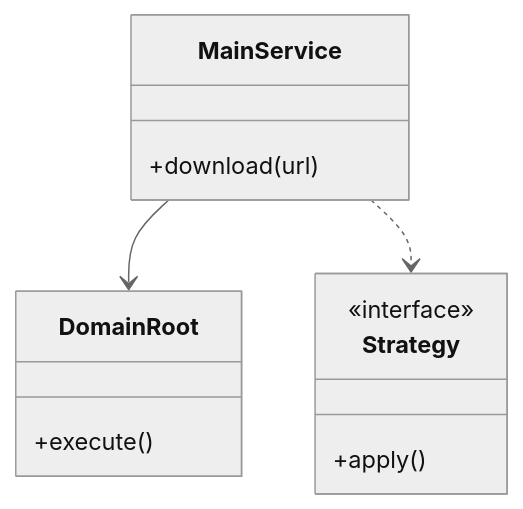
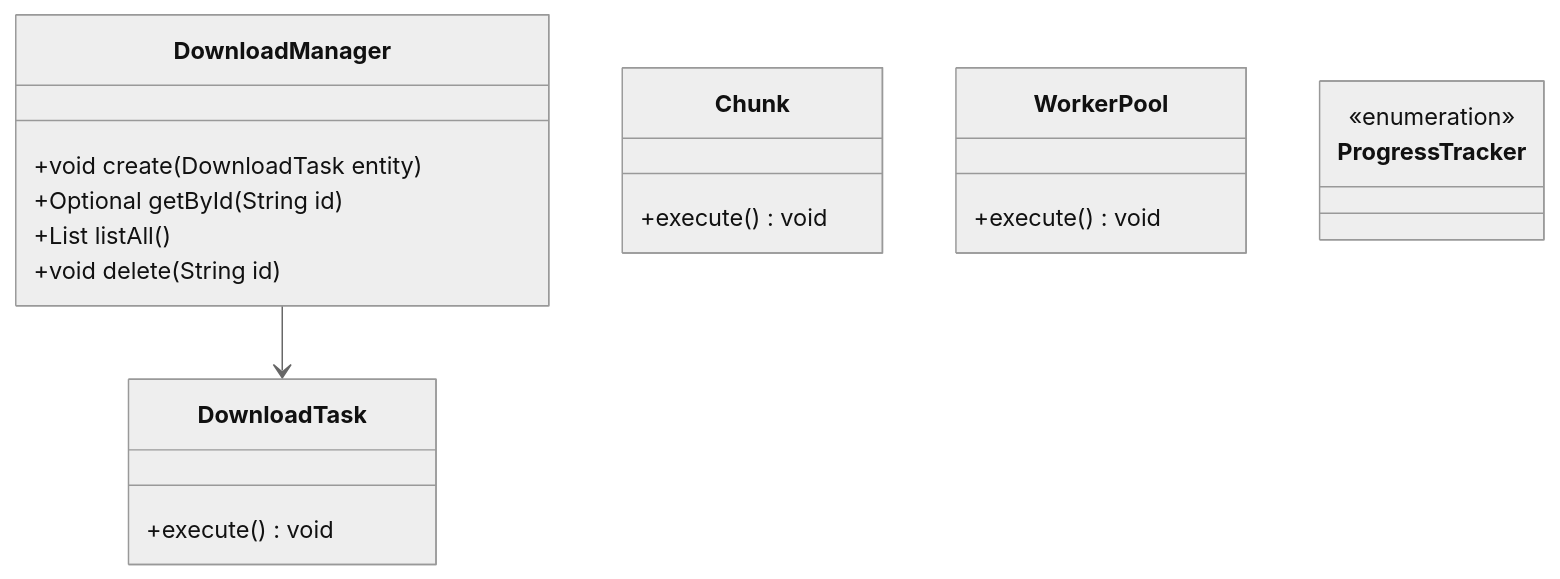
One commit to madhupaila/Interview-Prep-SSE changed the first of 3 diagrams in Learn/System Design - Low Level Design/04-concurrency-lld/questions/Q12-download-manager.md. Above: the diagram before and after it, drawn with Mermaid (neutral theme). The commit also changed other lines of this file and 491 other files, not shown here.

````diff
--- a/Learn/System Design - Low Level Design/04-concurrency-lld/questions/Q12-download-manager.md
+++ b/Learn/System Design - Low Level Design/04-concurrency-lld/questions/Q12-download-manager.md
@@ -73,15 +92,22 @@
 ```mermaid
 classDiagram
-    class MainService {
-        +download(url)
+    class DownloadManager {
+        +void create(DownloadTask entity)
+        +Optional<DownloadTask> getById(String id)
+        +List<DownloadTask> listAll()
+        +void delete(String id)
     }
-    class DomainRoot {
-        +execute()
+    class DownloadTask {
+        +execute() void
     }
-    class Strategy {
-        <<interface>>
-        +apply()
+    class Chunk {
+        +execute() void
     }
-    MainService --> DomainRoot
-    MainService ..> Strategy
+    class WorkerPool {
+        +execute() void
+    }
+    class ProgressTracker {
+        <<enumeration>>
+    }
+    DownloadManager --> DownloadTask
 ```
````
